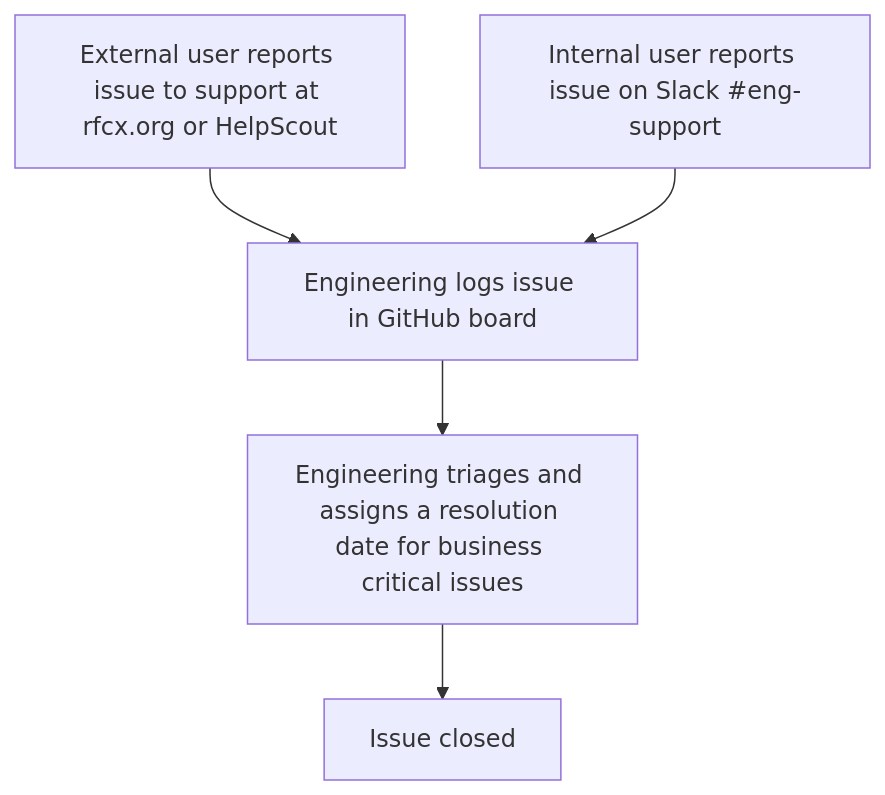
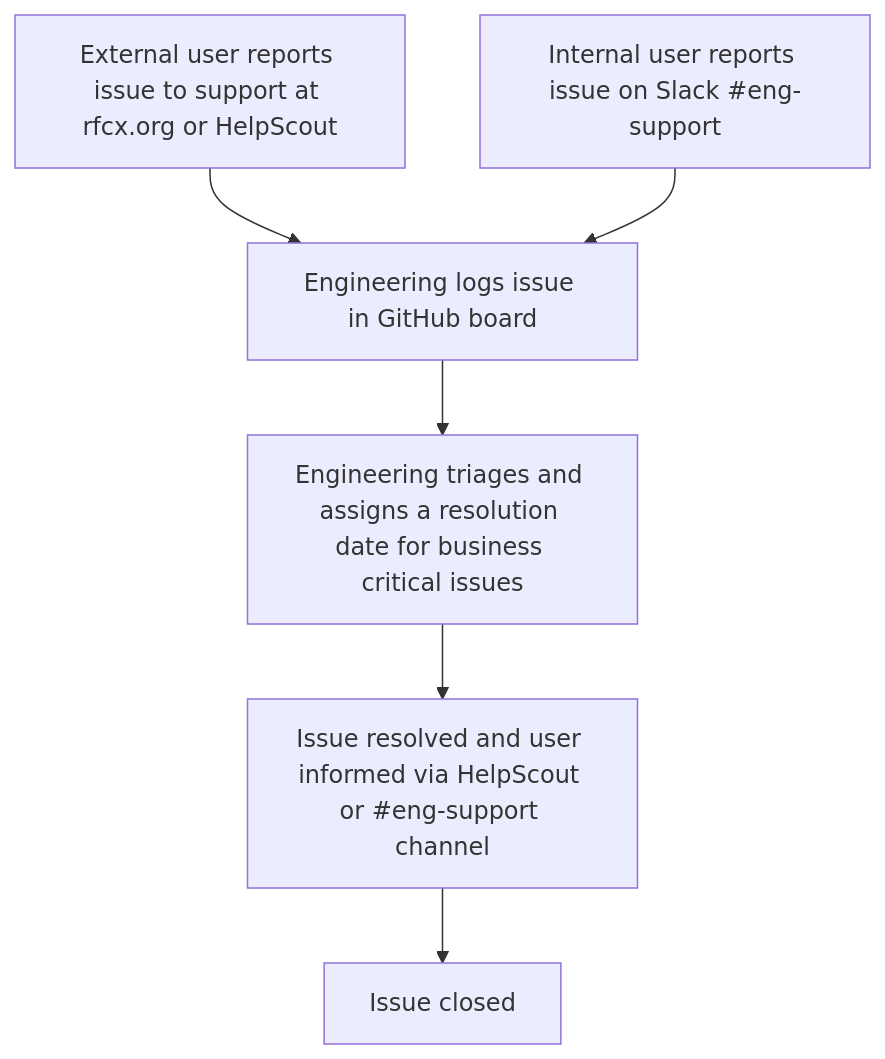
One commit to rfcx/engineering-support changed the diagram in README.md. Above: the diagram before and after it, drawn with Mermaid.

````diff
--- a/README.md
+++ b/README.md
@@ -26,7 +26,8 @@
 ```mermaid
 flowchart TB;
   input1[External user reports issue to support at rfcx.org or HelpScout]-->p1[Engineering logs issue in GitHub board];
   input2[Internal user reports issue on Slack #eng-support]-->p1;
   p1-->p2[Engineering triages and assigns a resolution date for business critical issues];
-  p2-->p3[Issue closed];
+  p2-->p3[Issue resolved and user informed via HelpScout or #eng-support channel];
+  p3-->p4[Issue closed]
 ```
````
